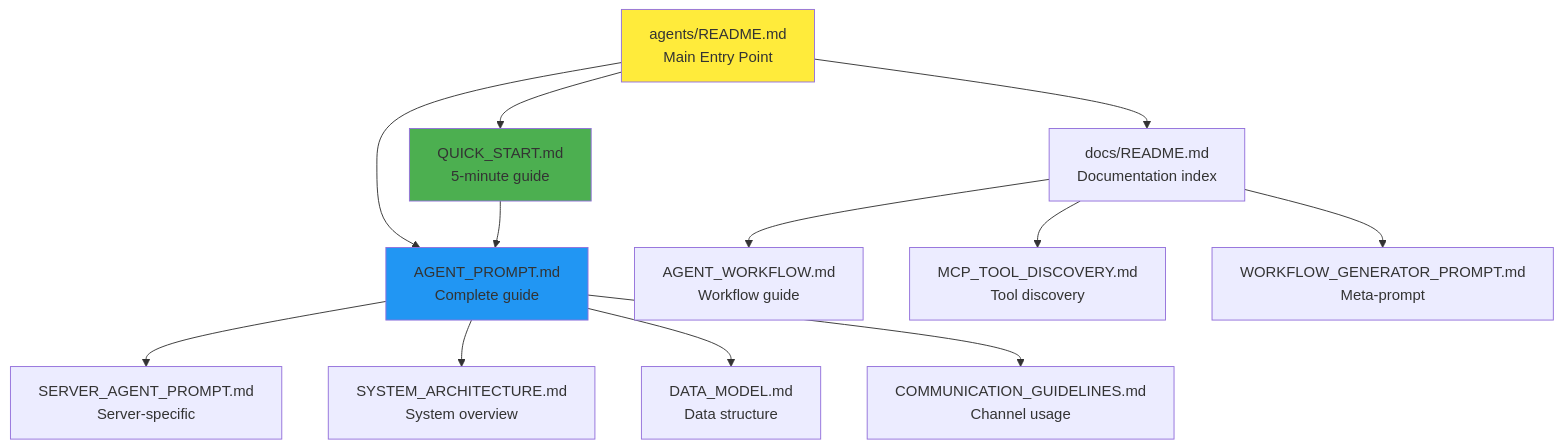
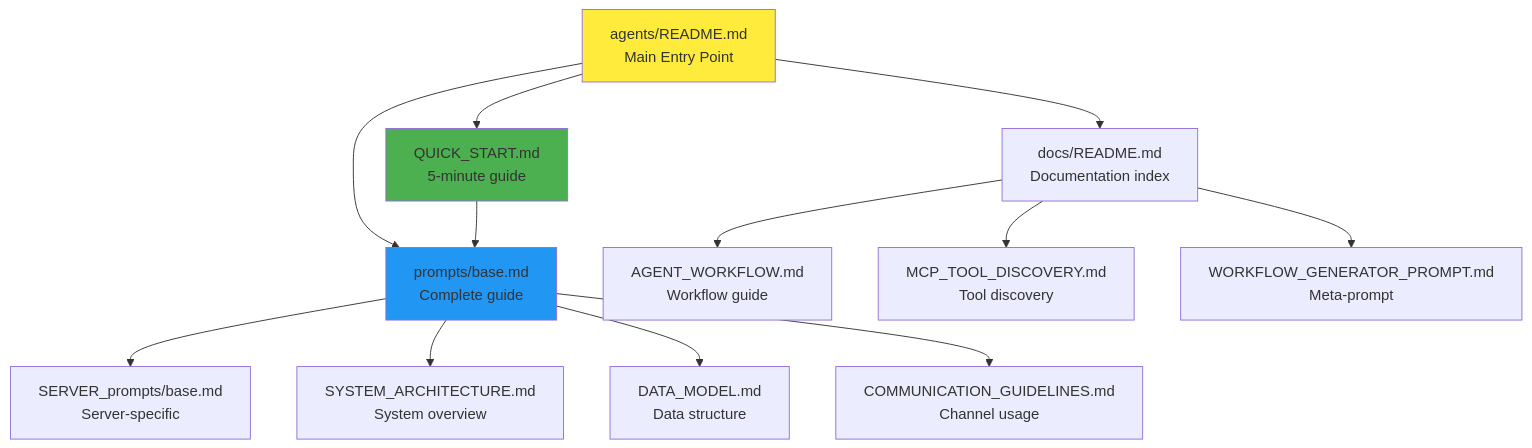
The third of 20 diagrams in agents/docs/COMPLETE_SYSTEM_VISUALIZATION.md (unarmedpuppy/homelab-ai), drawn with Mermaid before and after one commit. The commit also changed other lines of this file and 70 other files, not shown here.

````diff
--- a/agents/docs/COMPLETE_SYSTEM_VISUALIZATION.md
+++ b/agents/docs/COMPLETE_SYSTEM_VISUALIZATION.md
@@ -102,20 +102,20 @@
 ```mermaid
 graph TD
     A[agents/README.md<br/>Main Entry Point] --> B[QUICK_START.md<br/>5-minute guide]
-    A --> C[AGENT_PROMPT.md<br/>Complete guide]
+    A --> C[prompts/base.md<br/>Complete guide]
     A --> D[docs/README.md<br/>Documentation index]
     
     B --> C
-    C --> E[SERVER_AGENT_PROMPT.md<br/>Server-specific]
+    C --> E[SERVER_prompts/base.md<br/>Server-specific]
     C --> F[SYSTEM_ARCHITECTURE.md<br/>System overview]
     C --> G[DATA_MODEL.md<br/>Data structure]
     C --> H[COMMUNICATION_GUIDELINES.md<br/>Channel usage]
     
     D --> I[AGENT_WORKFLOW.md<br/>Workflow guide]
     D --> J[MCP_TOOL_DISCOVERY.md<br/>Tool discovery]
     D --> K[WORKFLOW_GENERATOR_PROMPT.md<br/>Meta-prompt]
     
     style A fill:#ffeb3b
     style B fill:#4caf50
     style C fill:#2196f3
 ```
````
